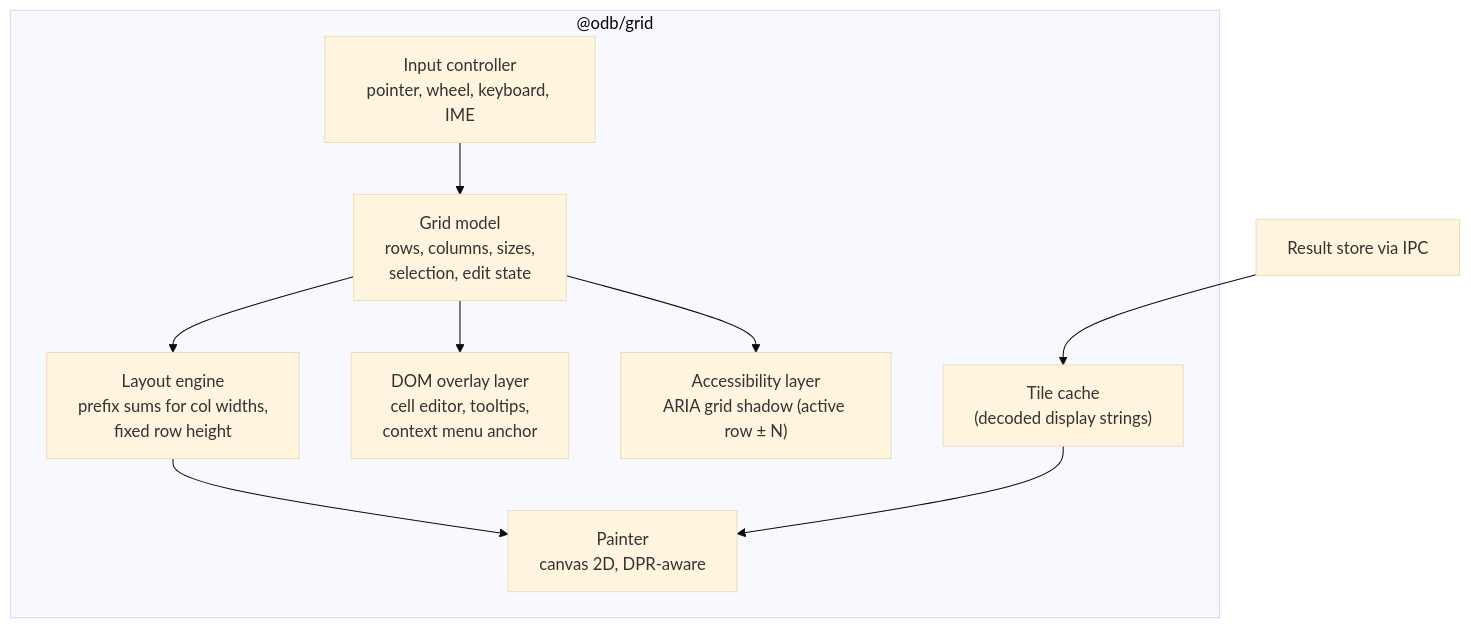
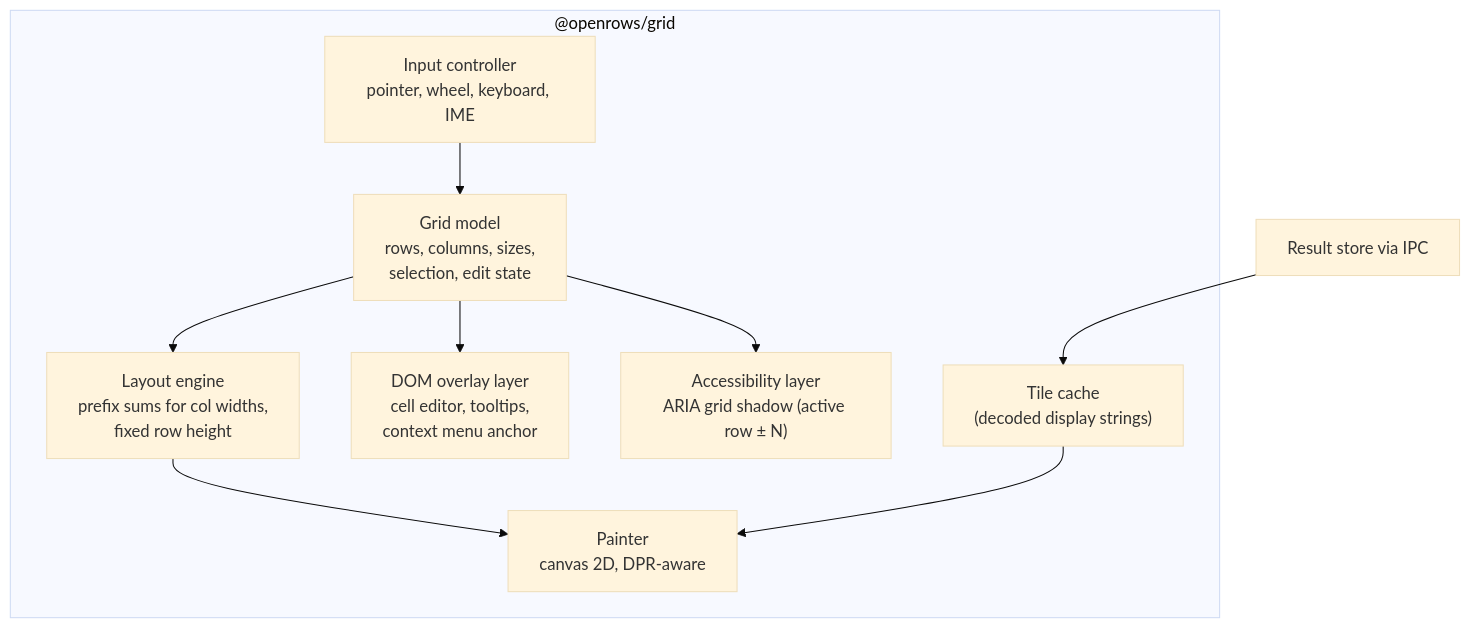
Before and after one commit to theetaz/open-rows: the first of 2 diagrams in docs/08-data-grid.md, drawn with Mermaid (base theme). The commit also changed other lines of this file and 31 other files, not shown here.

````diff
--- a/docs/08-data-grid.md
+++ b/docs/08-data-grid.md
@@ -17,18 +17,18 @@
 ```mermaid
 flowchart TB
-    subgraph grid["@odb/grid"]
+    subgraph grid["@openrows/grid"]
         model["Grid model<br/>rows, columns, sizes,<br/>selection, edit state"]
         layout["Layout engine<br/>prefix sums for col widths,<br/>fixed row height"]
         tiles["Tile cache<br/>(decoded display strings)"]
         painter["Painter<br/>canvas 2D, DPR-aware"]
         overlay["DOM overlay layer<br/>cell editor, tooltips,<br/>context menu anchor"]
         a11y["Accessibility layer<br/>ARIA grid shadow (active row ± N)"]
         input["Input controller<br/>pointer, wheel, keyboard, IME"]
     end
     data["Result store via IPC"] --> tiles
     model --> layout --> painter
     tiles --> painter
     input --> model
     model --> overlay
     model --> a11y
 ```
````
